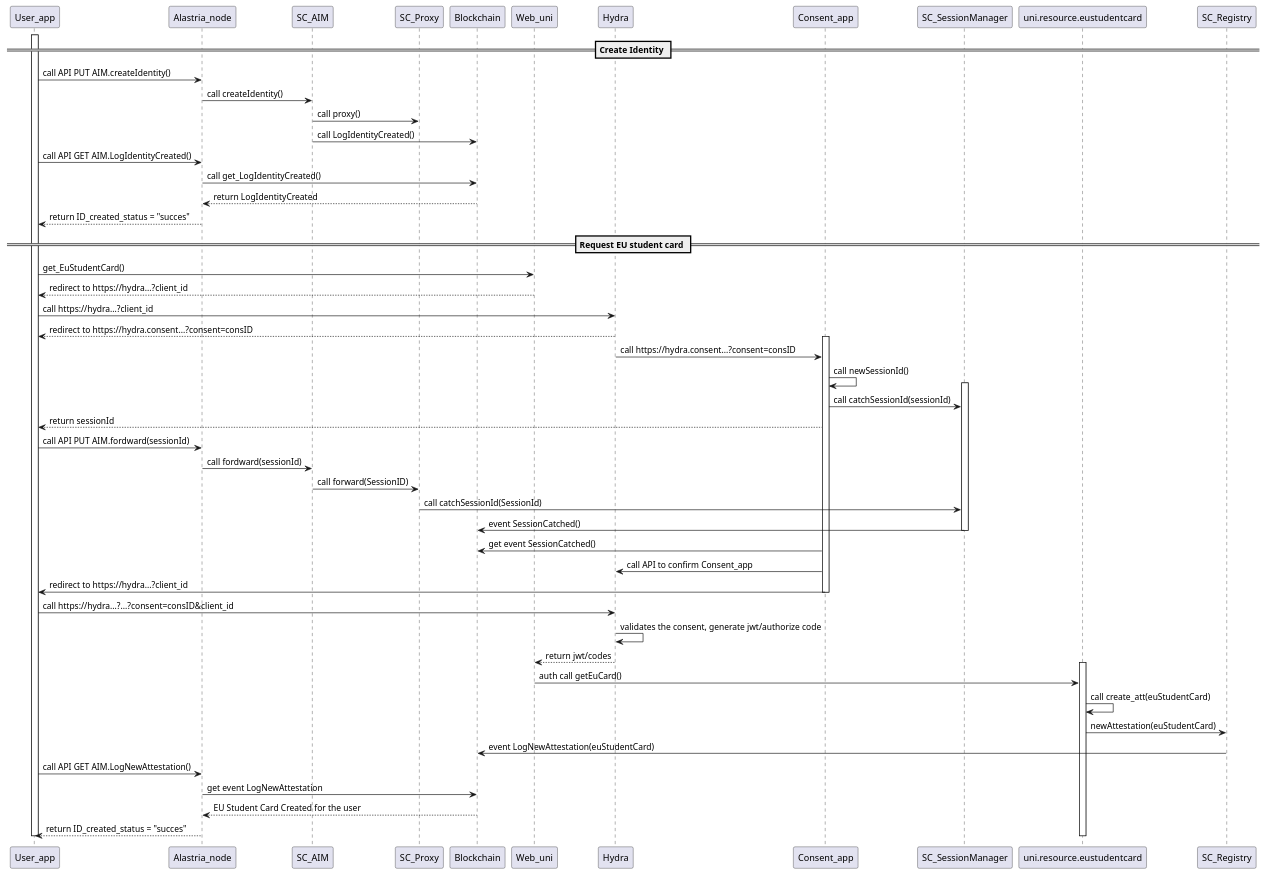
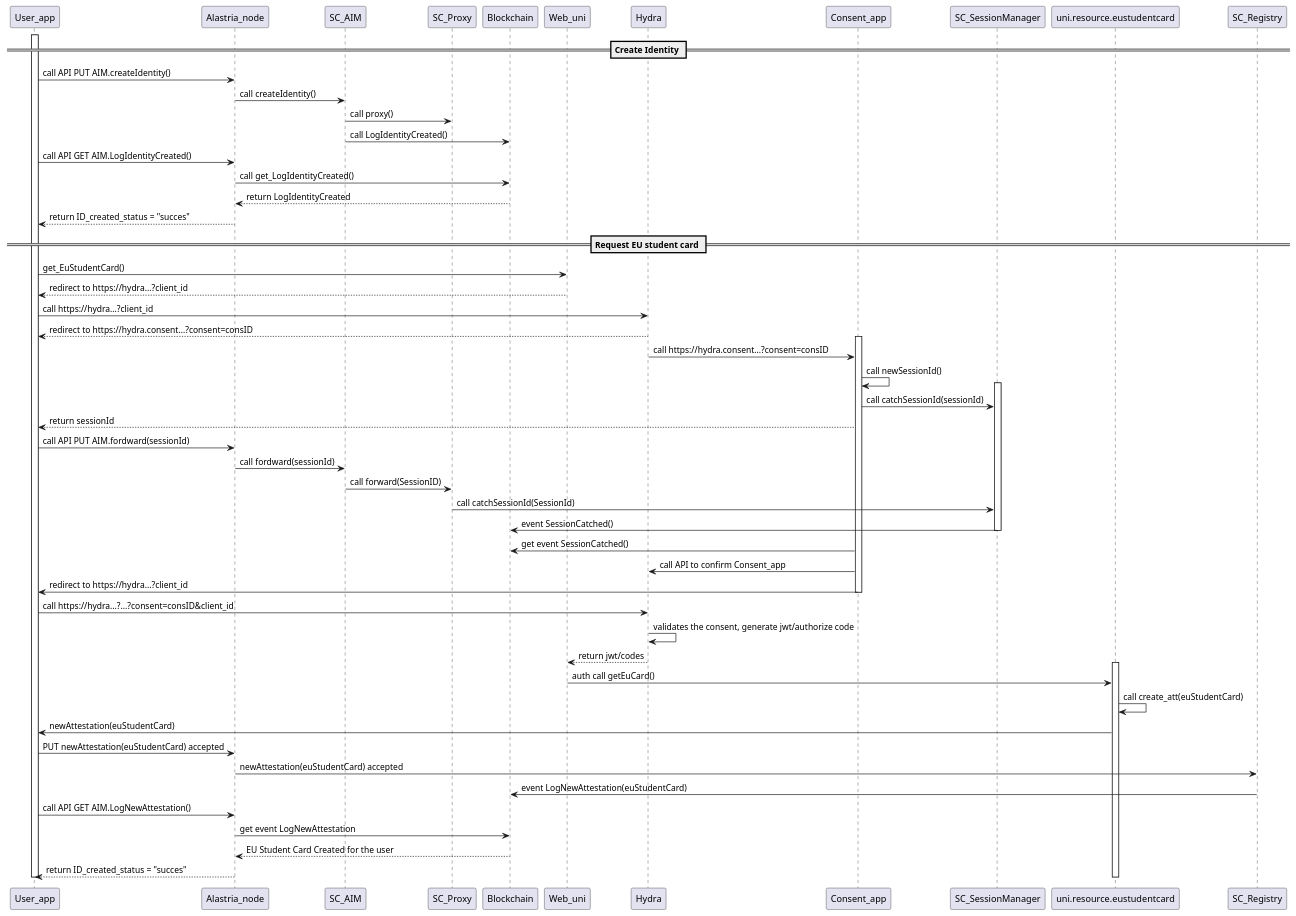
The diagram in sequenceDiagram.plantuml (alastria/alastria-identity), drawn with PlantUML before and after one commit. The commit also changed 1 other file, not shown here.

```diff
--- a/sequenceDiagram.plantuml
+++ b/sequenceDiagram.plantuml
@@ -1,47 +1,49 @@
 @startuml
 == Create Identity ==
 activate User_app
 User_app -> Alastria_node: call API PUT AIM.createIdentity()
 Alastria_node -> SC_AIM: call createIdentity()
 SC_AIM -> SC_Proxy: call proxy()
 SC_AIM -> Blockchain: call LogIdentityCreated()
 User_app -> Alastria_node: call API GET AIM.LogIdentityCreated()
 Alastria_node -> Blockchain: call get_LogIdentityCreated()
 Blockchain --> Alastria_node: return LogIdentityCreated
 Alastria_node --> User_app: return ID_created_status = "succes"
 == Request EU student card ==
 User_app -> Web_uni: get_EuStudentCard()
 Web_uni --> User_app: redirect to https://hydra...?client_id
 User_app -> Hydra: call https://hydra...?client_id
 Hydra --> User_app: redirect to https://hydra.consent...?consent=consID
 activate Consent_app
 Hydra -> Consent_app : call https://hydra.consent...?consent=consID
 Consent_app -> Consent_app: call newSessionId()
 activate SC_SessionManager
 Consent_app -> SC_SessionManager: call catchSessionId(sessionId)
 Consent_app --> User_app: return sessionId
 User_app -> Alastria_node: call API PUT AIM.fordward(sessionId)
 Alastria_node -> SC_AIM: call fordward(sessionId)
 SC_AIM -> SC_Proxy: call forward(SessionID)
 SC_Proxy -> SC_SessionManager: call catchSessionId(SessionId)
 SC_SessionManager -> Blockchain: event SessionCatched()
 deactivate SC_SessionManager
 Consent_app -> Blockchain: get event SessionCatched()
 Consent_app -> Hydra: call API to confirm Consent_app
 Consent_app -> User_app: redirect to https://hydra...?client_id
 deactivate Consent_app
 User_app -> Hydra: call https://hydra...?...?consent=consID&client_id
 Hydra -> Hydra: validates the consent, generate jwt/authorize code
 Hydra --> Web_uni: return jwt/codes
 activate uni.resource.eustudentcard
 Web_uni -> uni.resource.eustudentcard: auth call getEuCard()
 uni.resource.eustudentcard -> uni.resource.eustudentcard: call create_att(euStudentCard)
-uni.resource.eustudentcard -> SC_Registry: newAttestation(euStudentCard)
+uni.resource.eustudentcard -> User_app: newAttestation(euStudentCard)
+User_app -> Alastria_node: PUT newAttestation(euStudentCard) accepted
+Alastria_node -> SC_Registry: newAttestation(euStudentCard) accepted
 SC_Registry -> Blockchain: event LogNewAttestation(euStudentCard)
 User_app -> Alastria_node: call API GET AIM.LogNewAttestation()
 Alastria_node -> Blockchain: get event LogNewAttestation
 Blockchain --> Alastria_node: EU Student Card Created for the user
 Alastria_node --> User_app: return ID_created_status = "succes"
 deactivate uni.resource.eustudentcard
 deactivate User_app
 @enduml
```
